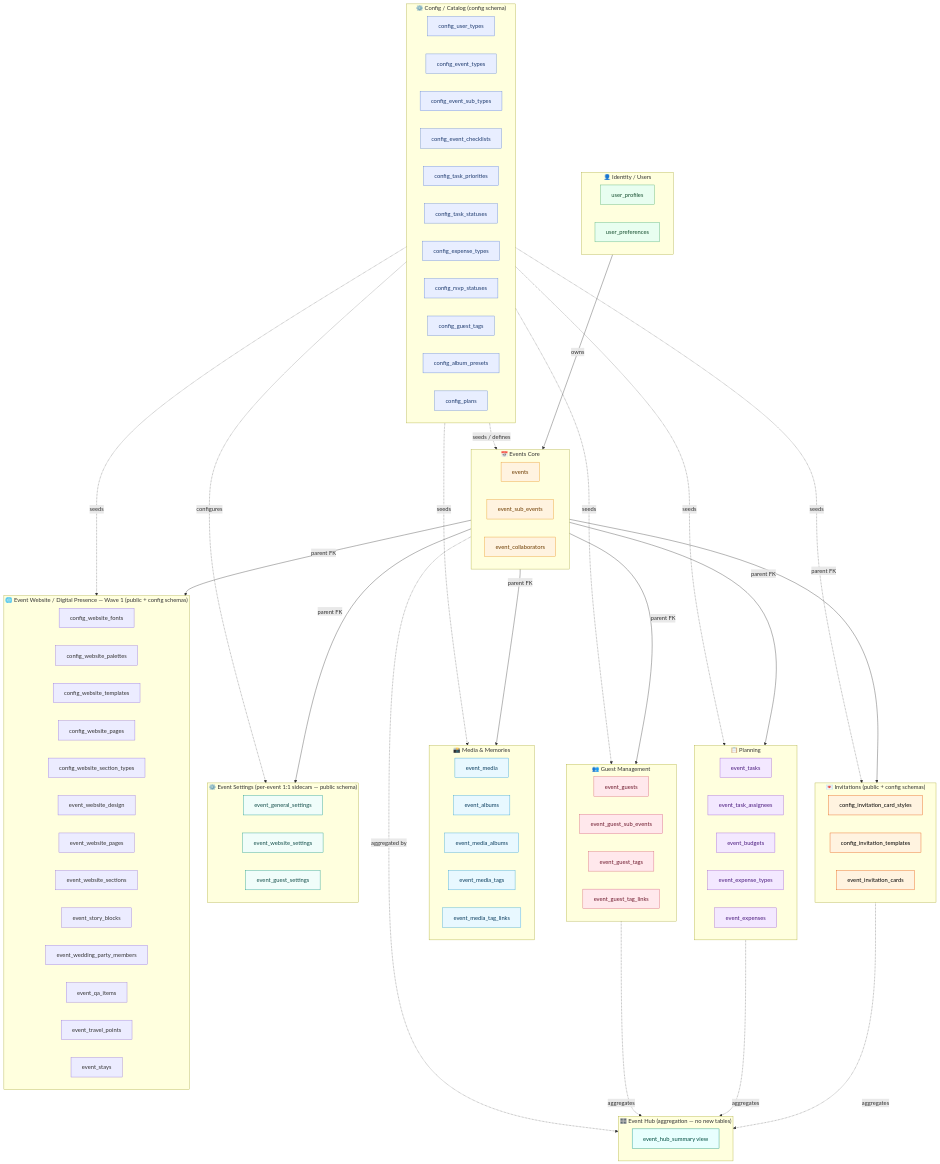
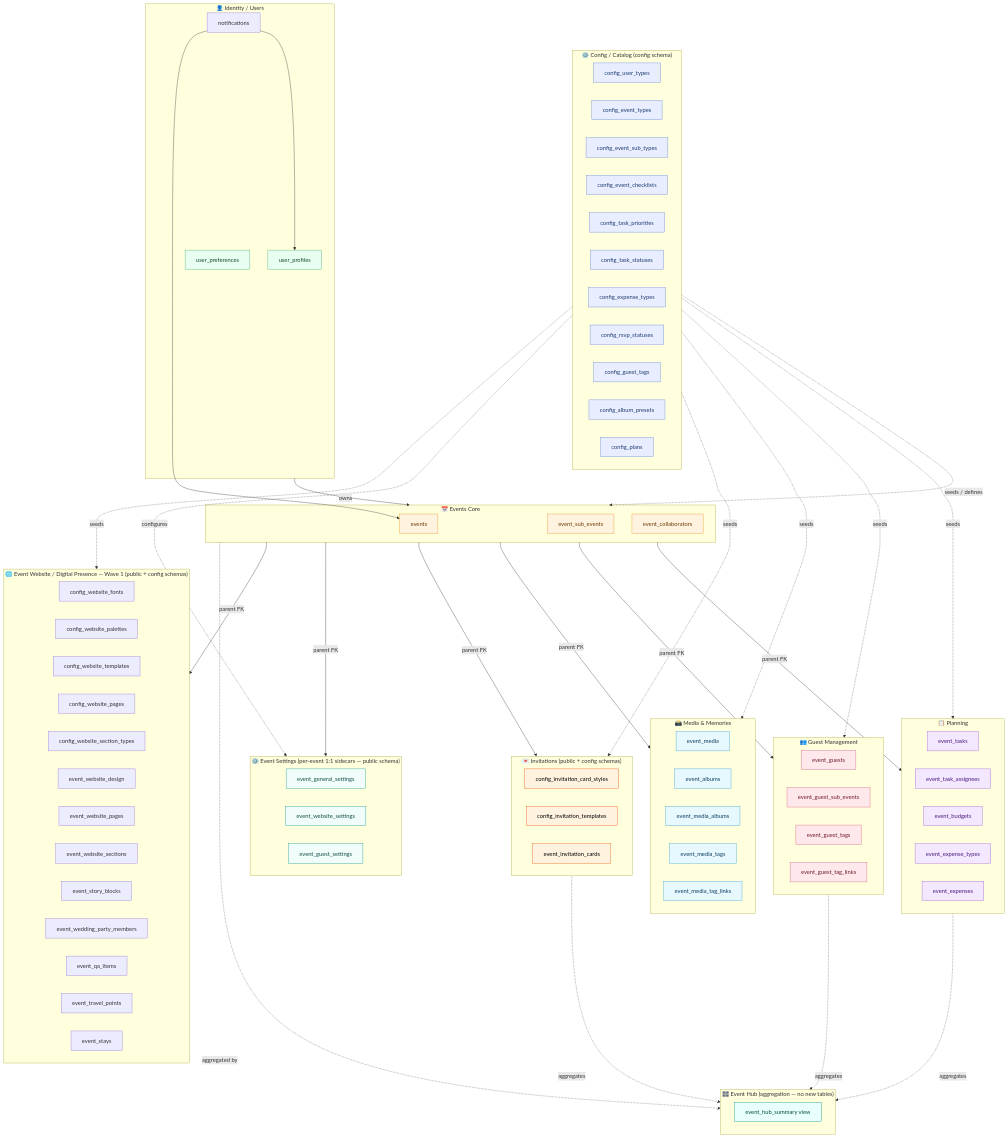
One commit to evenzi-official/Evenzi changed the first of 6 diagrams in docs/data-model/ERD.md. Above: the diagram before and after it, drawn with Mermaid. The commit also changed other lines of this file and 42 other files, not shown here.

```diff
--- a/docs/data-model/ERD.md
+++ b/docs/data-model/ERD.md
@@ -31,6 +31,7 @@
   subgraph USR["👤 Identity / Users"]
     UP[user_profiles]
     UPR[user_preferences]
+    N[notifications]
   end
 
   subgraph CORE["📅 Events Core"]
@@ -38,6 +39,9 @@
     ESE[event_sub_events]
     EC[event_collaborators]
   end
+
+  N --> UP
+  N --> E
 
   subgraph PLN["📋 Planning"]
     ET[event_tasks]
```
